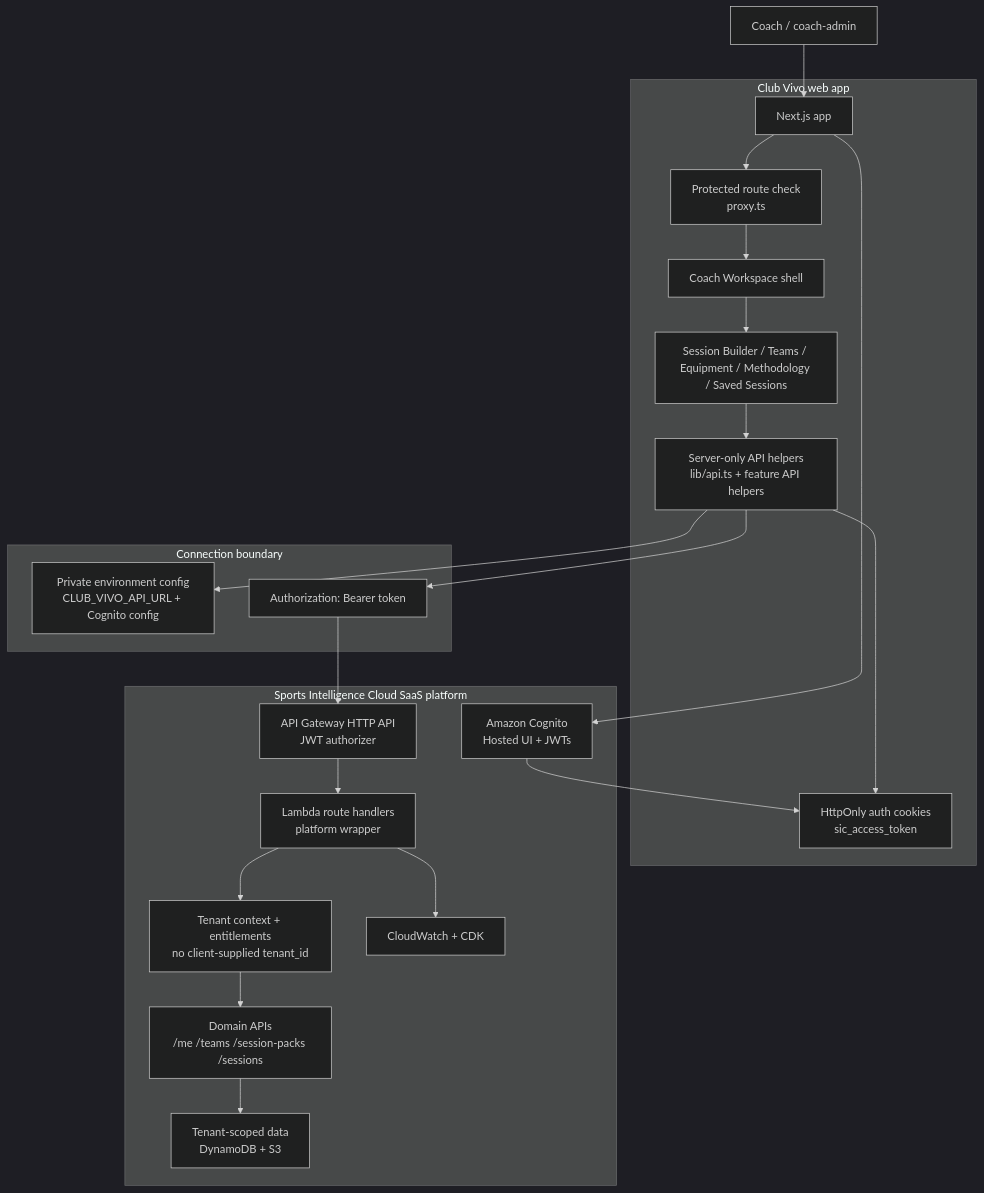
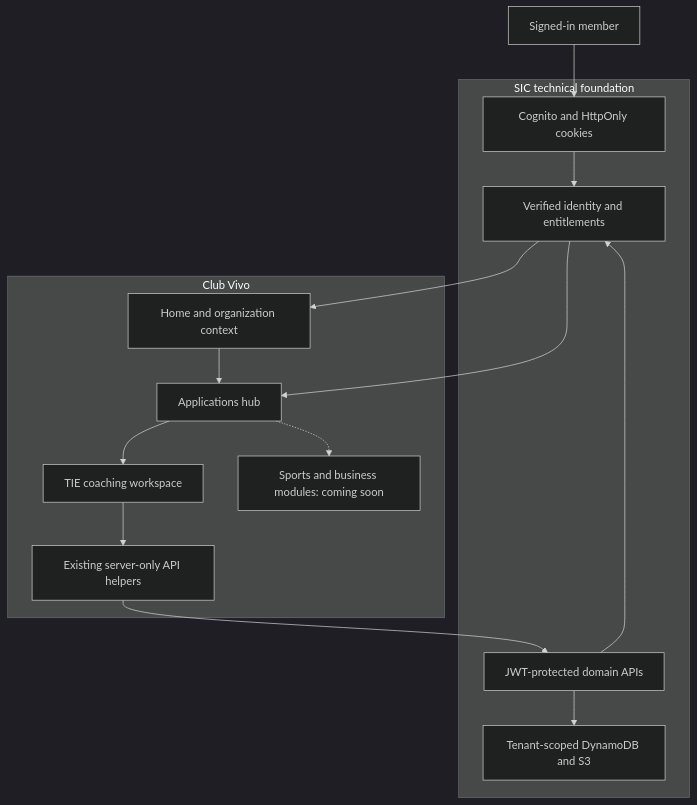
The diagram in docs/architecture/club-vivo-on-sic-mermaid.md (mrleom/club-vivo), drawn with Mermaid (dark theme) before and after one commit. The commit also changed other lines of this file and 21 other files, not shown here.

Commit message:
feat: introduce Club Vivo Home with TIE flagship workspace

````diff
--- a/docs/architecture/club-vivo-on-sic-mermaid.md
+++ b/docs/architecture/club-vivo-on-sic-mermaid.md
@@ -7,45 +5,28 @@
 ```mermaid
 flowchart TD
-  Coach["Coach / coach-admin"]
-
-  subgraph ClubVivo["Club Vivo web app"]
-    Web["Next.js app"]
-    Proxy["Protected route check<br/>proxy.ts"]
-    Shell["Coach Workspace shell"]
-    Product["Session Builder / Teams / Equipment / Methodology / Saved Sessions"]
-    ApiHelpers["Server-only API helpers<br/>lib/api.ts + feature API helpers"]
-    Cookies["HttpOnly auth cookies<br/>sic_access_token"]
+  User["Signed-in member"]
+  subgraph Product["Club Vivo"]
+    Home["Home and organization context"]
+    Hub["Applications hub"]
+    TIE["TIE coaching workspace"]
+    Planned["Sports and business modules: coming soon"]
+    Helpers["Existing server-only API helpers"]
   end
-
-  subgraph Connection["Connection boundary"]
-    Env["Private environment config<br/>CLUB_VIVO_API_URL + Cognito config"]
-    Bearer["Authorization: Bearer token"]
+  subgraph Foundation["SIC technical foundation"]
+    Auth["Cognito and HttpOnly cookies"]
+    Me["Verified identity and entitlements"]
+    API["JWT-protected domain APIs"]
+    Data["Tenant-scoped DynamoDB and S3"]
   end
-
-  subgraph SIC["Sports Intelligence Cloud SaaS platform"]
-    Cognito["Amazon Cognito<br/>Hosted UI + JWTs"]
-    ApiGateway["API Gateway HTTP API<br/>JWT authorizer"]
-    Lambda["Lambda route handlers<br/>platform wrapper"]
-    Tenant["Tenant context + entitlements<br/>no client-supplied tenant_id"]
-    Domains["Domain APIs<br/>/me /teams /session-packs /sessions"]
-    Data["Tenant-scoped data<br/>DynamoDB + S3"]
-    Ops["CloudWatch + CDK"]
-  end
-
-  Coach --> Web
-  Web --> Proxy
-  Proxy --> Shell
-  Shell --> Product
-  Product --> ApiHelpers
-  ApiHelpers --> Cookies
-  ApiHelpers --> Env
-  ApiHelpers --> Bearer
-  Bearer --> ApiGateway
-  Web --> Cognito
-  Cognito --> Cookies
-  ApiGateway --> Lambda
-  Lambda --> Tenant
-  Tenant --> Domains
-  Domains --> Data
-  Lambda --> Ops
+  User --> Auth
+  Auth --> Me
+  Me --> Home
+  Me --> Hub
+  Home --> Hub
+  Hub --> TIE
+  Hub -.-> Planned
+  TIE --> Helpers
+  Helpers --> API
+  API --> Me
+  API --> Data
 ```
````
